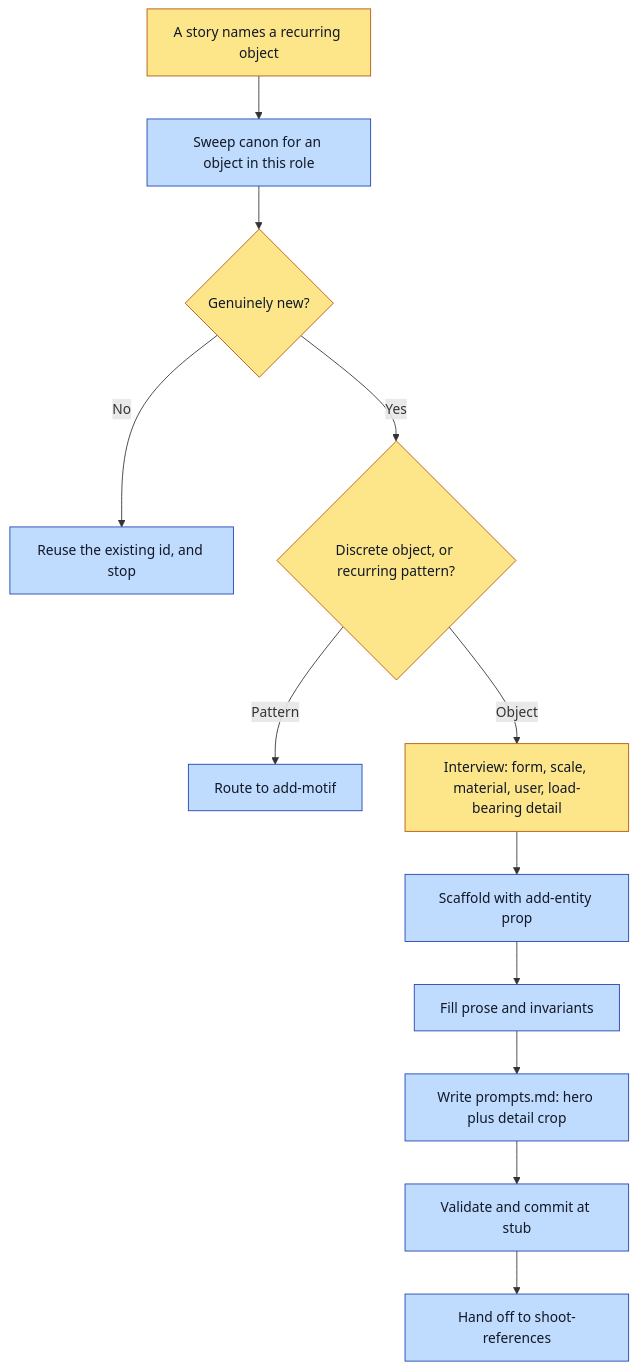
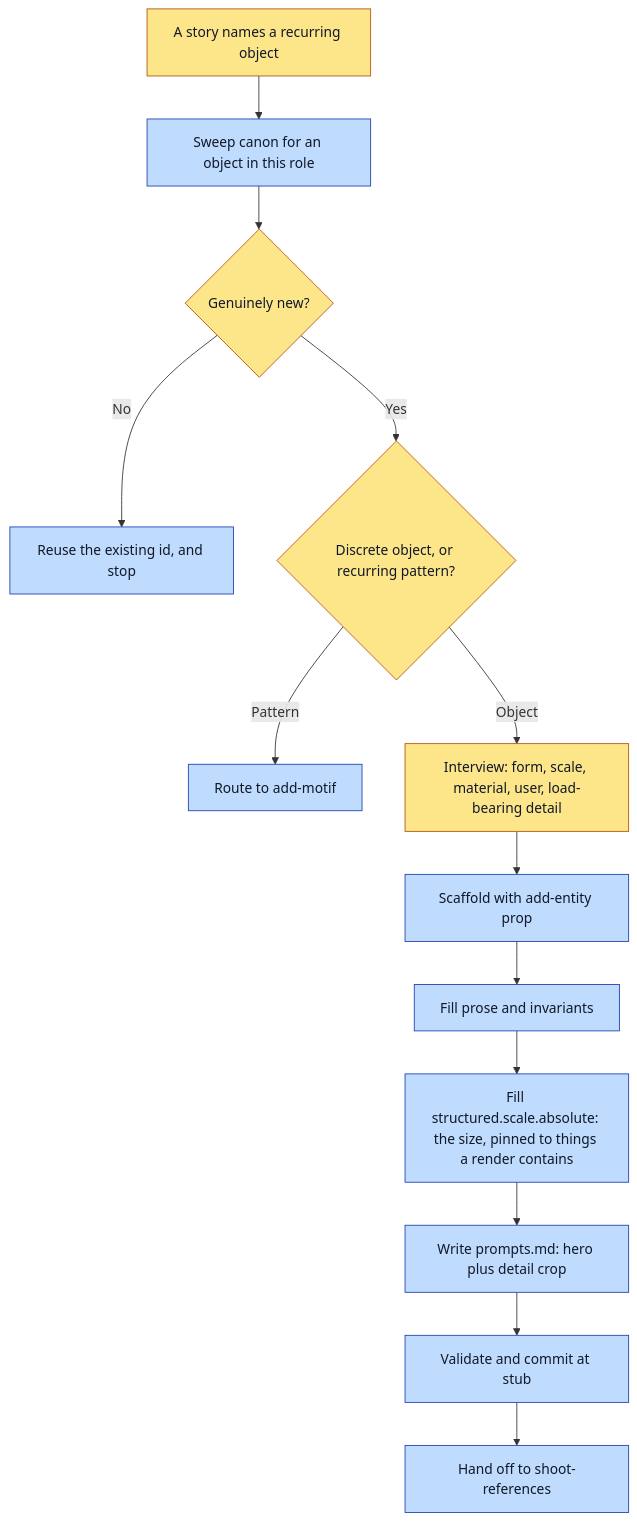
Before and after one commit to garysheng/agentic-brand-universe: the diagram in skills/add-prop/HDSOP.md, drawn with Mermaid. The commit also changed other lines of this file and 8 other files, not shown here.

````diff
--- a/skills/add-prop/HDSOP.md
+++ b/skills/add-prop/HDSOP.md
@@ -67,18 +76,19 @@
 ```mermaid
 flowchart TD
     A[A story names a recurring object] --> B[Sweep canon for an object in this role]
     B --> C{Genuinely new?}
     C -->|No| D[Reuse the existing id, and stop]
     C -->|Yes| E{Discrete object, or recurring pattern?}
     E -->|Pattern| F[Route to add-motif]
     E -->|Object| G[Interview: form, scale, material, user, load-bearing detail]
     G --> H[Scaffold with add-entity prop]
     H --> I[Fill prose and invariants]
-    I --> J[Write prompts.md: hero plus detail crop]
+    I --> I2[Fill structured.scale.absolute: the size, pinned to things a render contains]
+    I2 --> J[Write prompts.md: hero plus detail crop]
     J --> K[Validate and commit at stub]
     K --> L[Hand off to shoot-references]
     classDef human fill:#fde68a,stroke:#b45309,color:#111827;
     classDef agent fill:#bfdbfe,stroke:#1e40af,color:#111827;
     class A,C,E,G human;
-    class B,D,F,H,I,J,K,L agent;
+    class B,D,F,H,I,I2,J,K,L agent;
 ```
````
